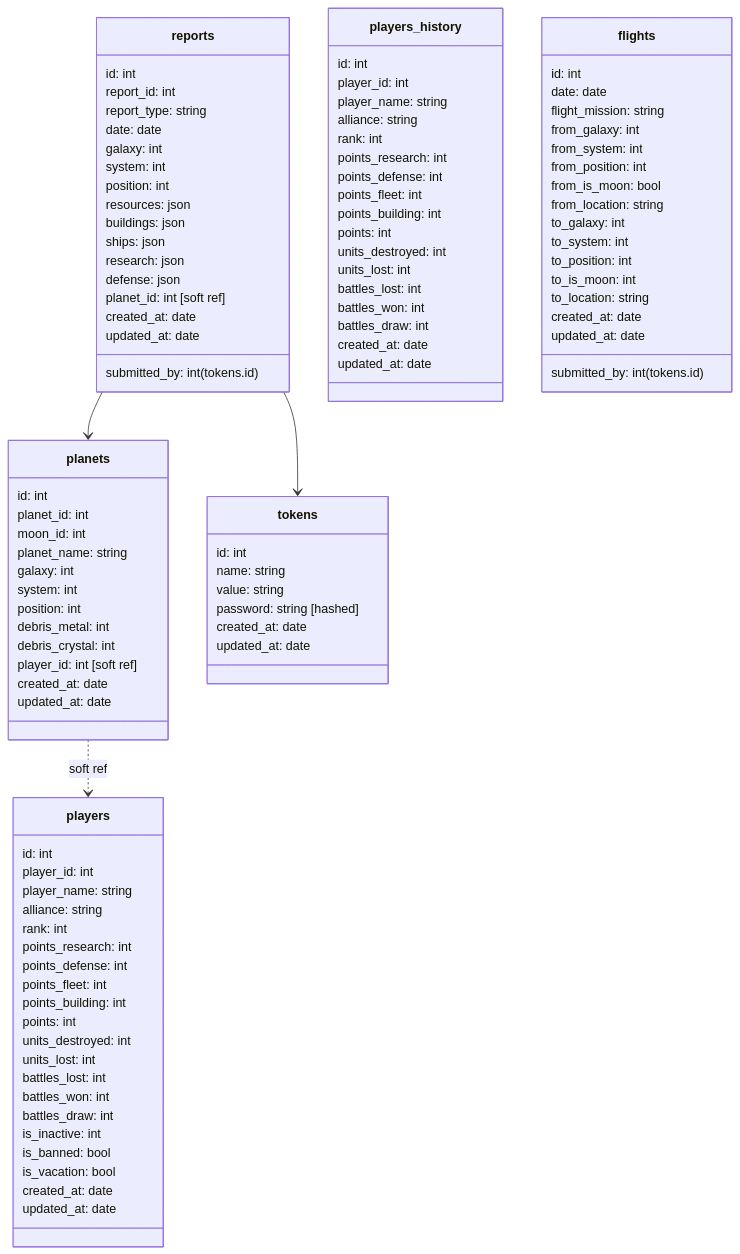
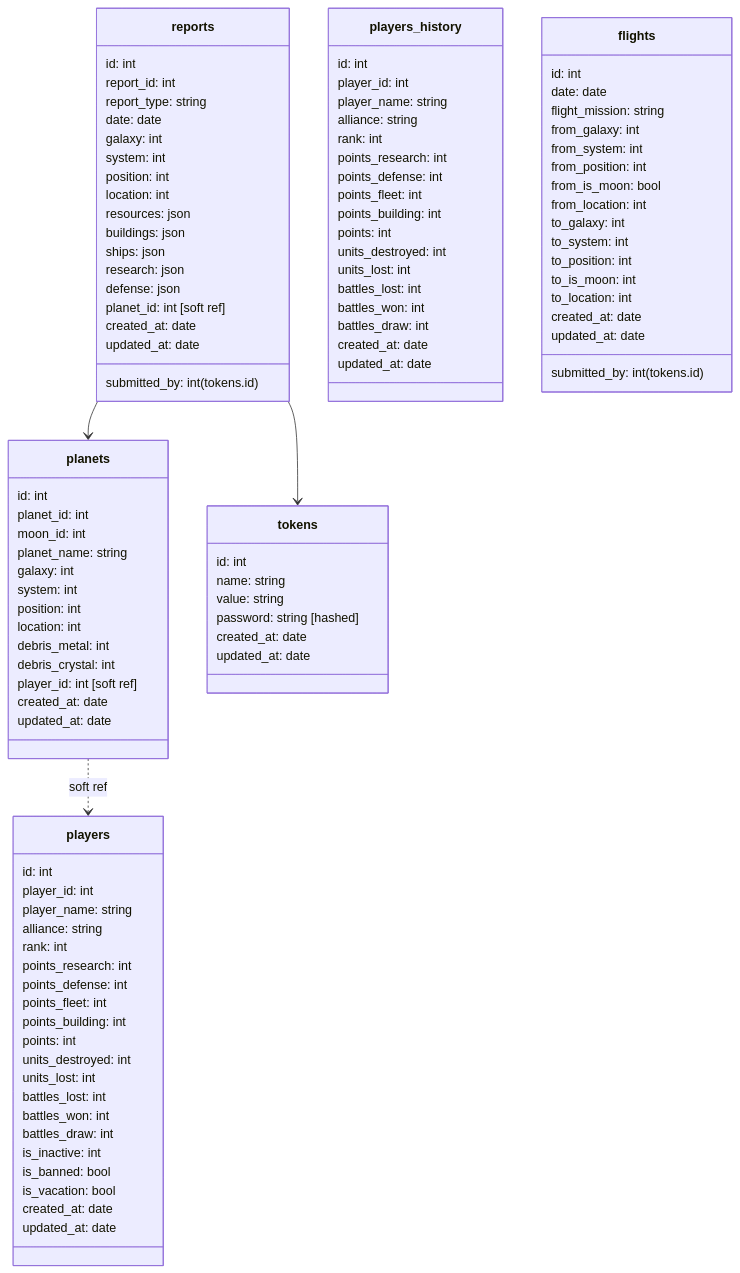
The diagram in readme.md (anoff/teamview), drawn with Mermaid before and after one commit. The commit also changed other lines of this file and 1 other file, not shown here.

Commit message:
stop resetting flights, add location info to readme

```diff
--- a/readme.md
+++ b/readme.md
@@ -71,6 +74,7 @@
     galaxy: int
     system: int
     position: int
+    location: int
     debris_metal: int
     debris_crystal: int
     player_id: int [soft ref]
@@ -85,6 +89,7 @@
     galaxy: int
     system: int
     position: int
+    location: int
     resources: json
     buildings: json
     ships: json
@@ -145,12 +150,12 @@
     from_system: int
     from_position: int
     from_is_moon: bool
-    from_location: string
+    from_location: int
     to_galaxy: int
     to_system: int
     to_position: int
     to_is_moon: int
-    to_location: string
+    to_location: int
     created_at: date
     updated_at: date
   }
```
